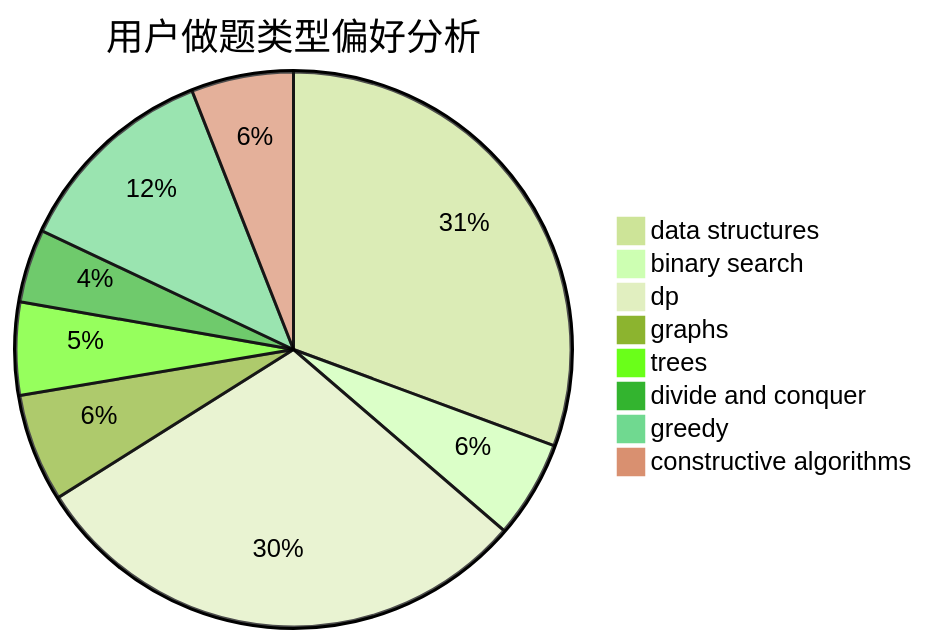
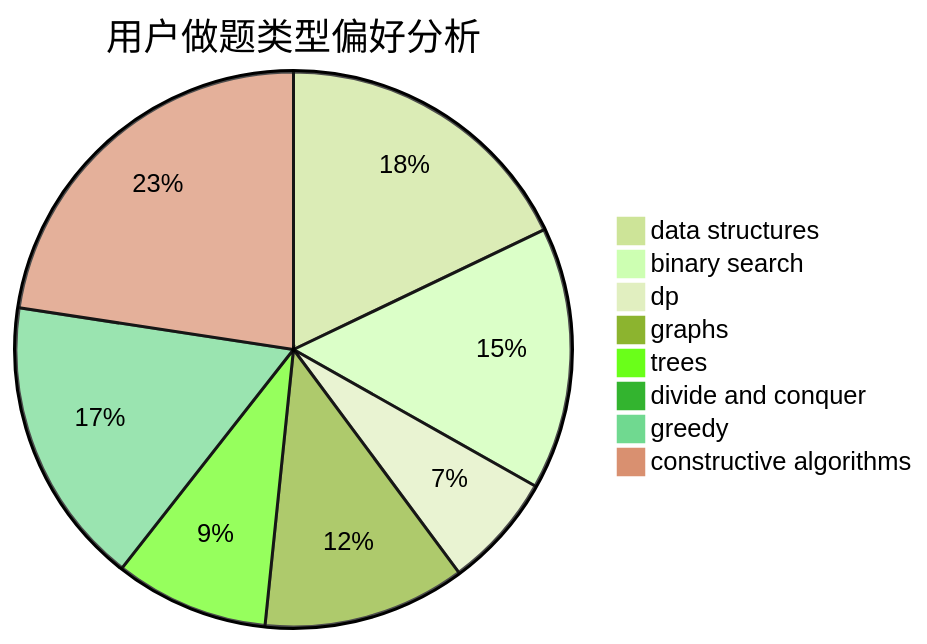
Before and after one commit to sherpahu/cfrs.github.io: the second of 3 diagrams in docs/user/u633.md, drawn with Mermaid (forest theme). The commit also changed other lines of this file and 2770 other files, not shown here.

````diff
--- a/docs/user/u633.md
+++ b/docs/user/u633.md
@@ -23,11 +23,11 @@
 ```mermaid
 pie title 用户做题类型偏好分析
-    "data structures" :  453
-    "binary search" :  84
-    "dp" :  440
-    "graphs" :  93
-    "trees" :  80
-    "divide and conquer" :  63
-    "greedy" :  178
-    "constructive algorithms" :  88
+    "data structures" :  164
+    "binary search" :  140
+    "dp" :  61
+    "graphs" :  108
+    "trees" :  82
+    "divide and conquer" :  0
+    "greedy" :  154
+    "constructive algorithms" :  207
 ```
````
